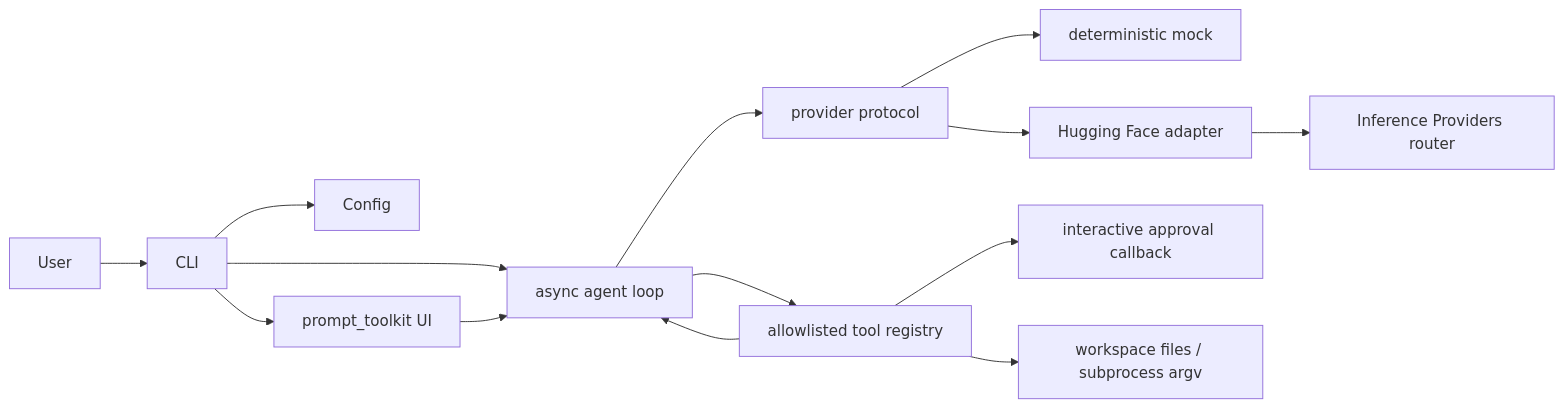
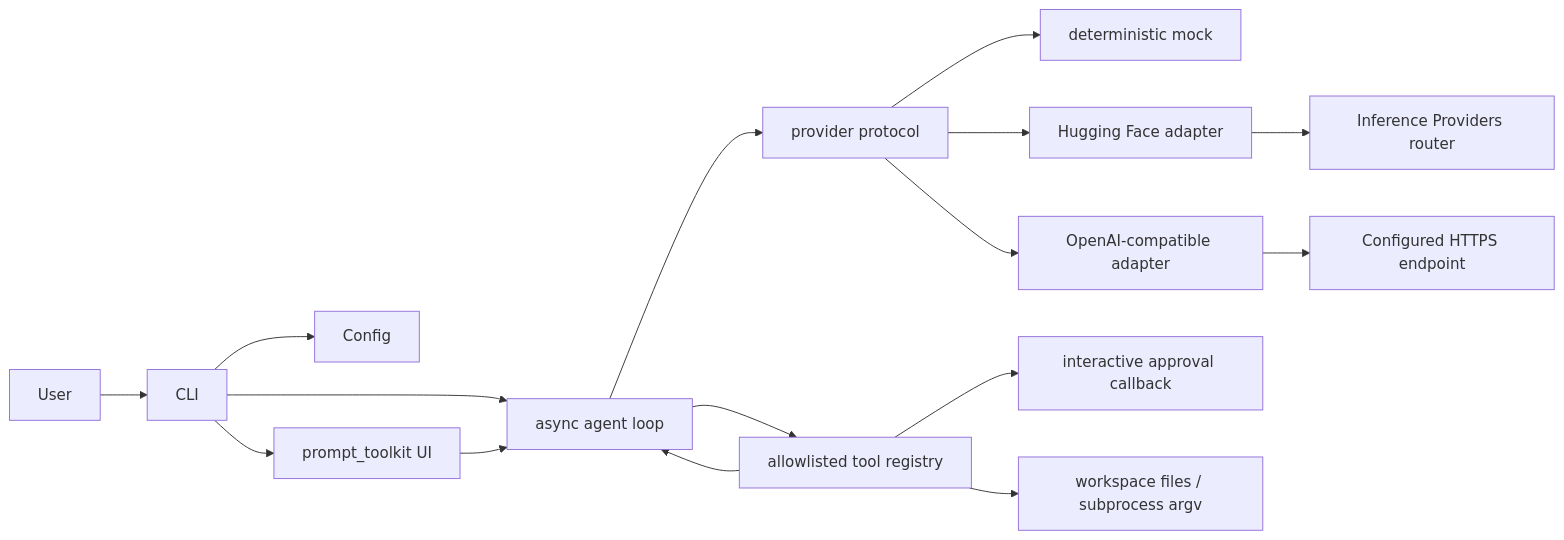
One commit to josnin/velocity-mode changed the diagram in docs/ARCHITECTURE.md. Above: the diagram before and after it, drawn with Mermaid. The commit also changed other lines of this file and 11 other files, not shown here.

````diff
--- a/docs/ARCHITECTURE.md
+++ b/docs/ARCHITECTURE.md
@@ -7,16 +8,18 @@
 ```mermaid
 flowchart LR
   User --> CLI
   CLI --> Config
   CLI --> TUI[prompt_toolkit UI]
   CLI --> Agent[async agent loop]
   TUI --> Agent
   Agent --> Protocol[provider protocol]
   Protocol --> Mock[deterministic mock]
   Protocol --> HF[Hugging Face adapter]
+  Protocol --> Compatible[OpenAI-compatible adapter]
   HF --> Router[Inference Providers router]
+  Compatible --> Endpoint[Configured HTTPS endpoint]
   Agent --> Registry[allowlisted tool registry]
   Registry --> Approval[interactive approval callback]
   Registry --> Workspace[workspace files / subprocess argv]
   Registry --> Agent
 ```
````
